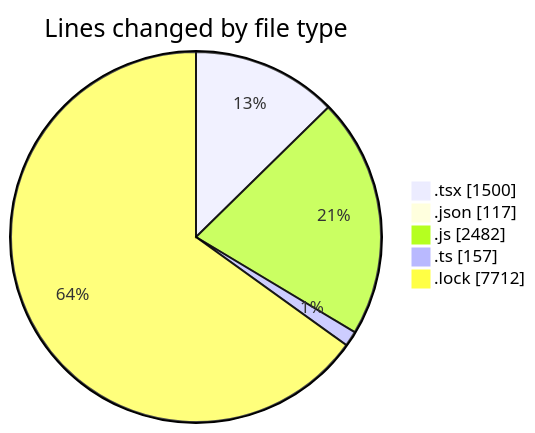
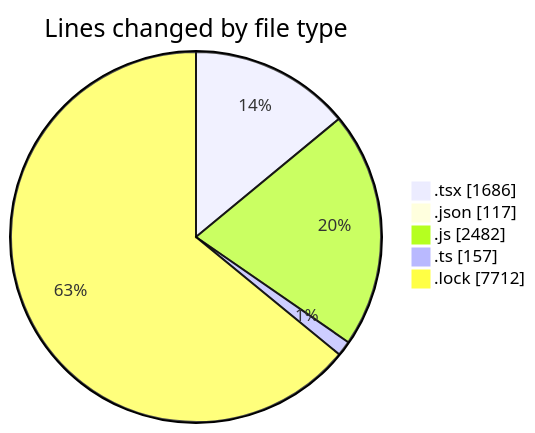
The first of 2 diagrams in 2025-04-28/cda/README.md (momahboobian/code-tracking), drawn with Mermaid before and after one commit. The commit also changed other lines of this file and 1 other file, not shown here.

````diff
--- a/2025-04-28/cda/README.md
+++ b/2025-04-28/cda/README.md
@@ -32,9 +33,9 @@
 ```mermaid
 pie showData
 title Lines changed by file type
-".tsx" : 1500
+".tsx" : 1686
 ".json" : 117
 ".js" : 2482
 ".ts" : 157
 ".lock" : 7712
 ```
````
